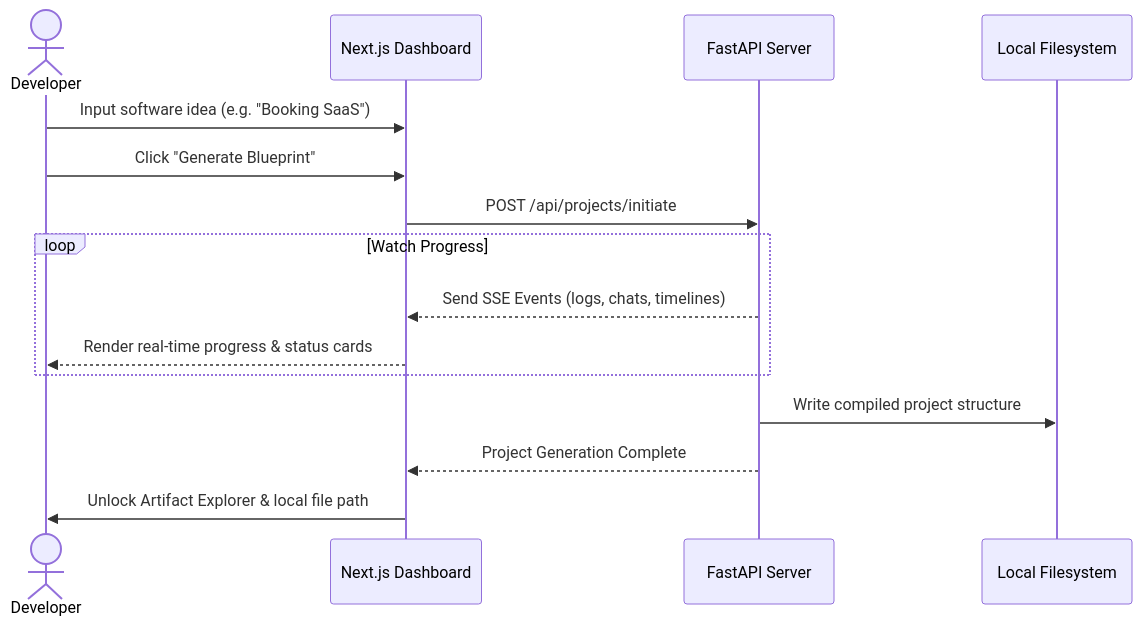
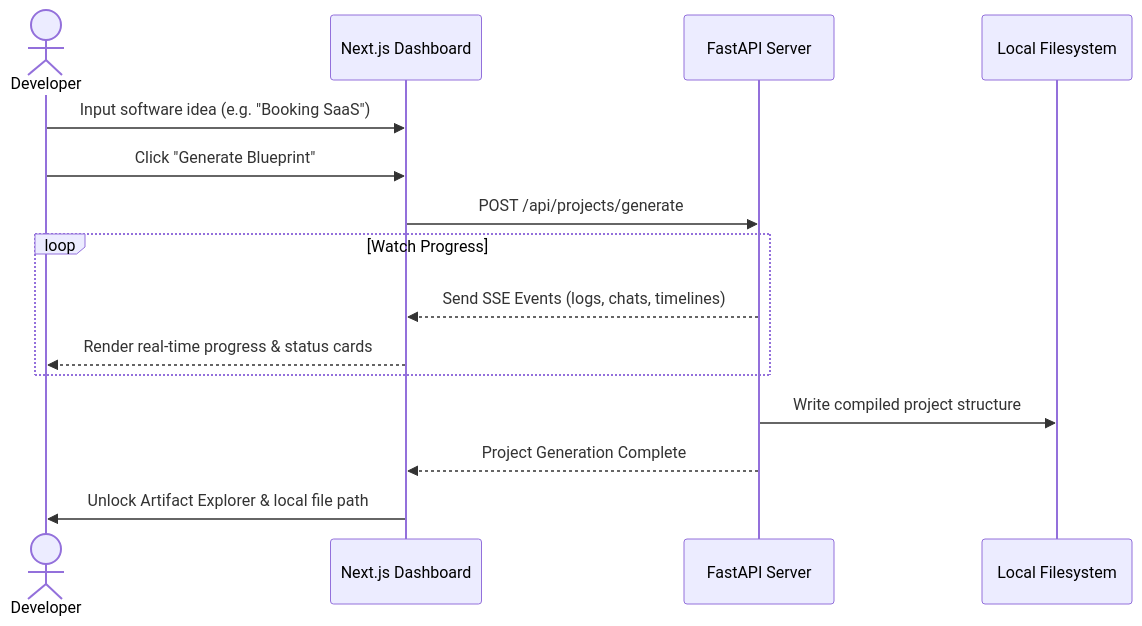
The second of 8 diagrams in docs/SYSTEM_ARCHITECTURE.md (SujalUshir/DevForge-AI), drawn with Mermaid before and after one commit. The commit also changed other lines of this file and 5 other files, not shown here.

````diff
--- a/docs/SYSTEM_ARCHITECTURE.md
+++ b/docs/SYSTEM_ARCHITECTURE.md
@@ -58,18 +58,18 @@
 ```mermaid
 sequenceDiagram
     actor Developer
     participant UI as Next.js Dashboard
     participant API as FastAPI Server
     participant Disk as Local Filesystem
 
     Developer->>UI: Input software idea (e.g. "Booking SaaS")
     Developer->>UI: Click "Generate Blueprint"
-    UI->>API: POST /api/projects/initiate
+    UI->>API: POST /api/projects/generate
     loop Watch Progress
         API-->>UI: Send SSE Events (logs, chats, timelines)
         UI-->>Developer: Render real-time progress & status cards
     end
     API->>Disk: Write compiled project structure
     API-->>UI: Project Generation Complete
     UI->>Developer: Unlock Artifact Explorer & local file path
 ```
````
